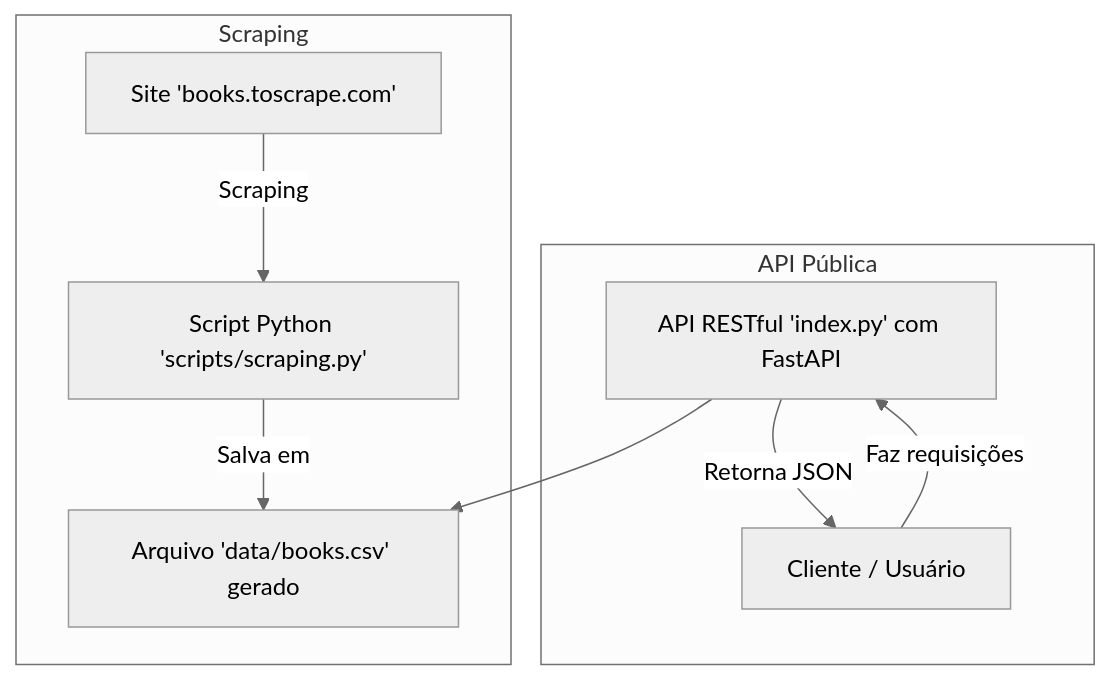
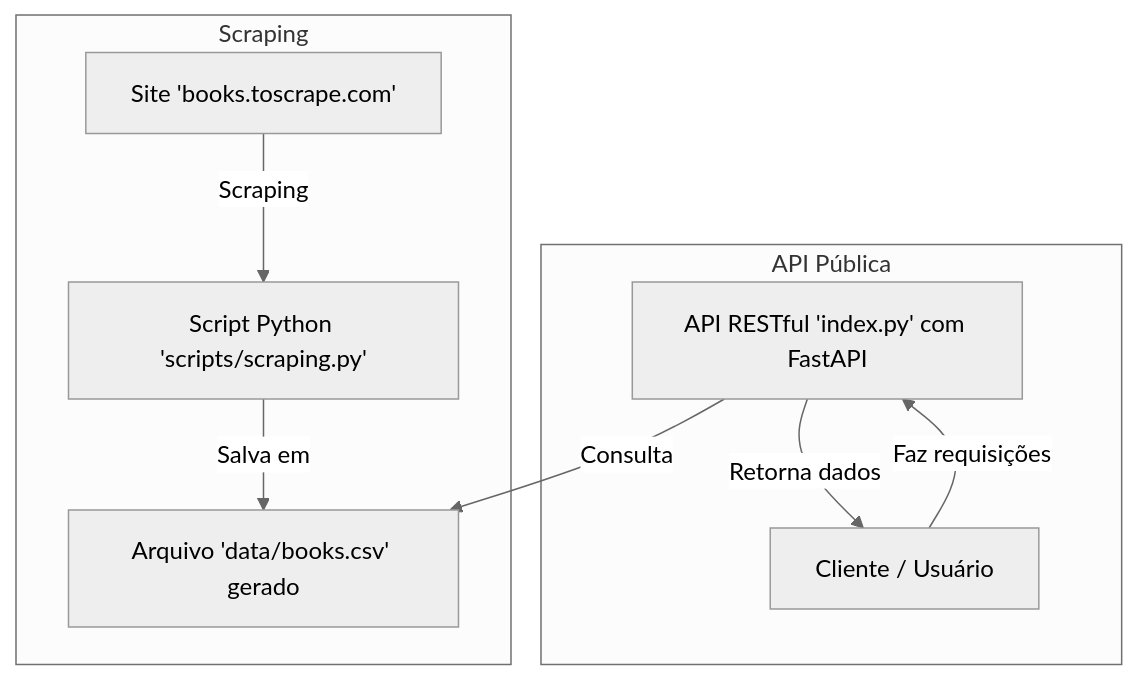
Before and after one commit to mtmoss/Books-API: the diagram in README.md, drawn with Mermaid (neutral theme).

Commit message:
revisa diagrama do readme

````diff
--- a/README.md
+++ b/README.md
@@ -13,25 +13,25 @@
 ```mermaid
 ---
 config:
   layout: fixed
 ---
 flowchart TD
  subgraph Scraping["Scraping"]
         A@{ label: "Site 'books.toscrape.com'" }
         B@{ label: "Script Python 'scripts/scraping.py'" }
         C@{ label: "Arquivo 'data/books.csv' gerado" }
   end
  subgraph API["API Pública"]
         D@{ label: "API RESTful 'index.py' com FastAPI" }
         E["Cliente / Usuário"]
   end
     A -- Scraping --> B
     B -- Salva em --> C
-    D -- Retorna JSON --> E
+    D -- Retorna dados --> E
     E -- Faz requisições --> D
-    D --> C
+    D -- Consulta --> C
     A@{ shape: rect}
     B@{ shape: rect}
     C@{ shape: rect}
     D@{ shape: rect}
 ```
````
